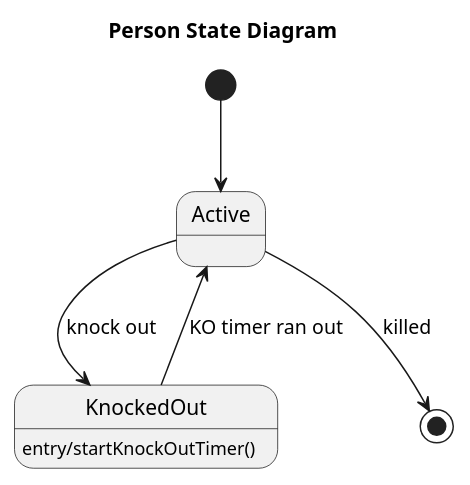
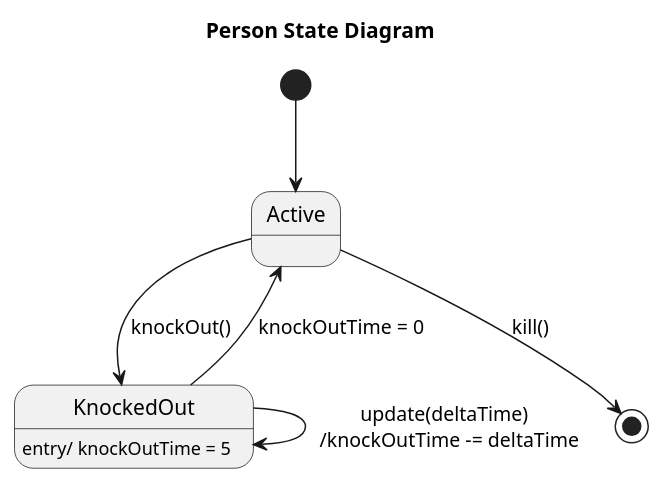
One commit to sn4k3ch4rm3r/logarlec changed the diagram in docs/diagrams/state/person-state.puml. Above: the diagram before and after it, drawn with PlantUML. The commit also changed 3 other files, not shown here.

Commit message:
Refactored state diagrams to use a different timing sceme

```diff
--- a/docs/diagrams/state/person-state.puml
+++ b/docs/diagrams/state/person-state.puml
@@ -1,12 +1,13 @@
 @startuml person
 title Person State Diagram
 
 [*] --> Active
-Active --> KnockedOut: knock out
-KnockedOut --> Active: KO timer ran out
+Active --> KnockedOut: knockOut()
+KnockedOut --> Active: knockOutTime = 0
+KnockedOut --> KnockedOut: update(deltaTime) \n /knockOutTime -= deltaTime
 
-Active --> [*]: killed
+Active --> [*]: kill()
 
-KnockedOut: entry/startKnockOutTimer()
+KnockedOut: entry/ knockOutTime = 5
 
 @enduml
```
